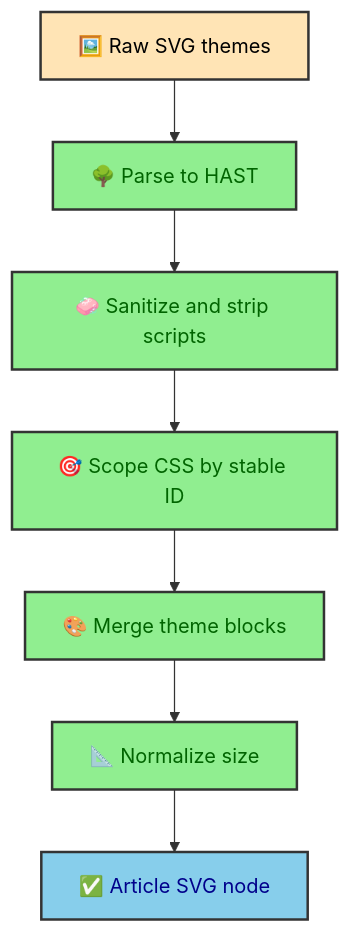
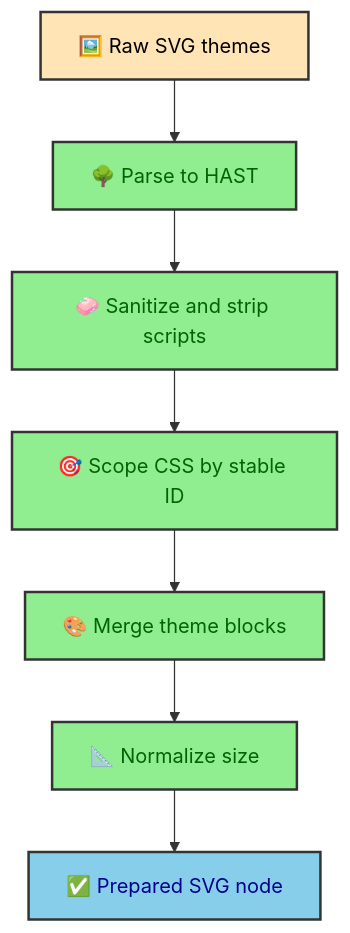
Before and after one commit to duranalberto/albertoduran: the diagram in src/thejournal/building_albertoduran/mermaid/transform.mdx, drawn with Mermaid. The commit also changed other lines of this file and 50 other files, not shown here.

````diff
--- a/src/thejournal/building_albertoduran/mermaid/transform.mdx
+++ b/src/thejournal/building_albertoduran/mermaid/transform.mdx
@@ -33,17 +33,17 @@
 ```mermaid
 flowchart TD
     Raw[🖼️ Raw SVG themes] --> Parse[🌳 Parse to HAST]
     Parse --> Clean[🧼 Sanitize and strip scripts]
     Clean --> Scope[🎯 Scope CSS by stable ID]
     Scope --> Merge[🎨 Merge theme blocks]
     Merge --> Normalize[📐 Normalize size]
-    Normalize --> Node[✅ Article SVG node]
+    Normalize --> Node[✅ Prepared SVG node]
 
     classDef input fill:#FFE4B5,stroke:#333,stroke-width:2px,color:black
     classDef process fill:#90EE90,stroke:#333,stroke-width:2px,color:darkgreen
     classDef output fill:#87CEEB,stroke:#333,stroke-width:2px,color:darkblue
 
     class Raw input
     class Parse,Clean,Scope,Merge,Normalize process
     class Node output
 ```
````
